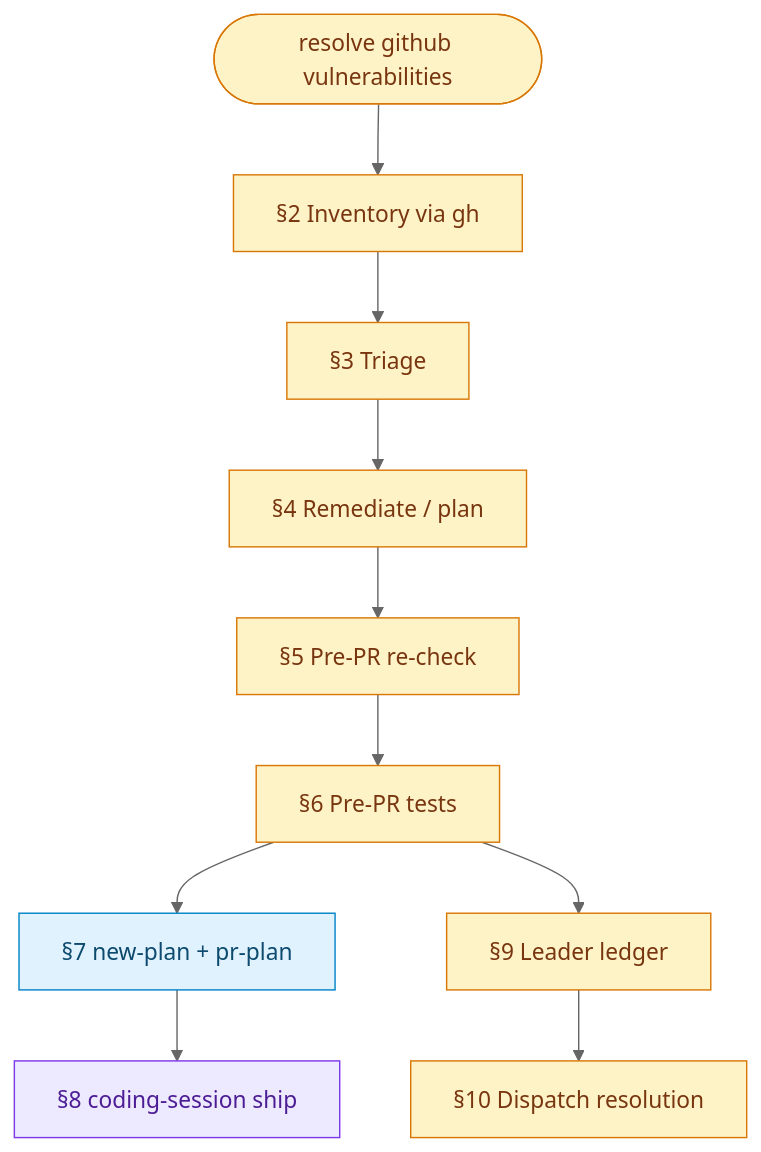
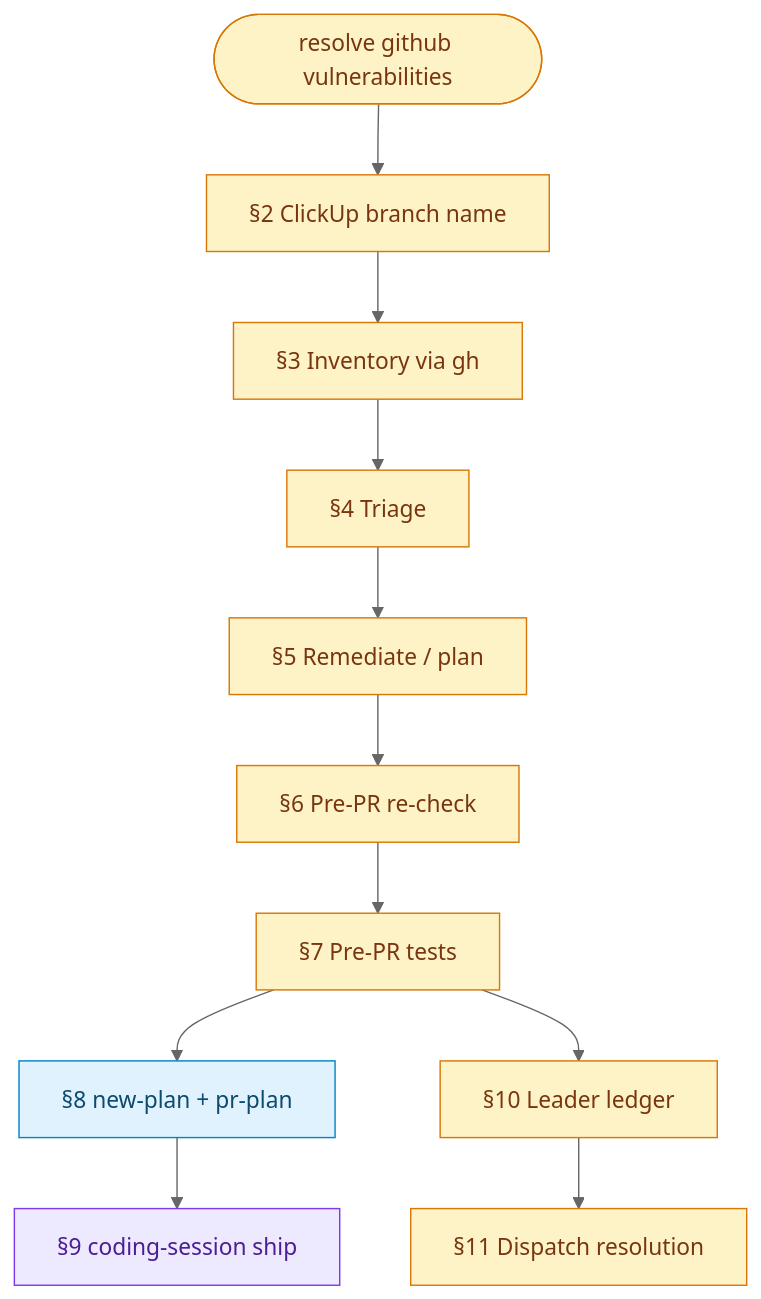
One commit to safebeat-sedea/software-development changed the diagram in missions/resolving-github-vulnerabilities/plan.mdc. Above: the diagram before and after it, drawn with Mermaid (neutral theme). The commit also changed other lines of this file, not shown here.

First line of the commit message:
Add ClickUp-derived branch name gate to resolving-github-vulnerabilities.

````diff
--- a/missions/resolving-github-vulnerabilities/plan.mdc
+++ b/missions/resolving-github-vulnerabilities/plan.mdc
@@ -50,17 +51,18 @@
 ```mermaid
 flowchart TB
   classDef leader fill:#fef3c7,stroke:#d97706,color:#78350f
   classDef child fill:#e0f2fe,stroke:#0284c7,color:#0c4a6e
   classDef detached fill:#ede9fe,stroke:#7c3aed,color:#4c1d95
 
   CMD(["resolve github vulnerabilities"]):::leader
-  CMD --> INV["§2 Inventory via gh"]:::leader
-  INV --> TRI["§3 Triage"]:::leader
-  TRI --> REM["§4 Remediate / plan"]:::leader
-  REM --> RECHECK["§5 Pre-PR re-check"]:::leader
-  RECHECK --> TESTS["§6 Pre-PR tests"]:::leader
-  TESTS --> PLAN["§7 new-plan + pr-plan"]:::child
-  PLAN --> CS["§8 coding-session ship"]:::detached
-  TESTS --> LED["§9 Leader ledger"]:::leader
-  LED --> RES["§10 Dispatch resolution"]:::leader
+  CMD --> BRANCH["§2 ClickUp branch name"]:::leader
+  BRANCH --> INV["§3 Inventory via gh"]:::leader
+  INV --> TRI["§4 Triage"]:::leader
+  TRI --> REM["§5 Remediate / plan"]:::leader
+  REM --> RECHECK["§6 Pre-PR re-check"]:::leader
+  RECHECK --> TESTS["§7 Pre-PR tests"]:::leader
+  TESTS --> PLAN["§8 new-plan + pr-plan"]:::child
+  PLAN --> CS["§9 coding-session ship"]:::detached
+  TESTS --> LED["§10 Leader ledger"]:::leader
+  LED --> RES["§11 Dispatch resolution"]:::leader
 ```
````
